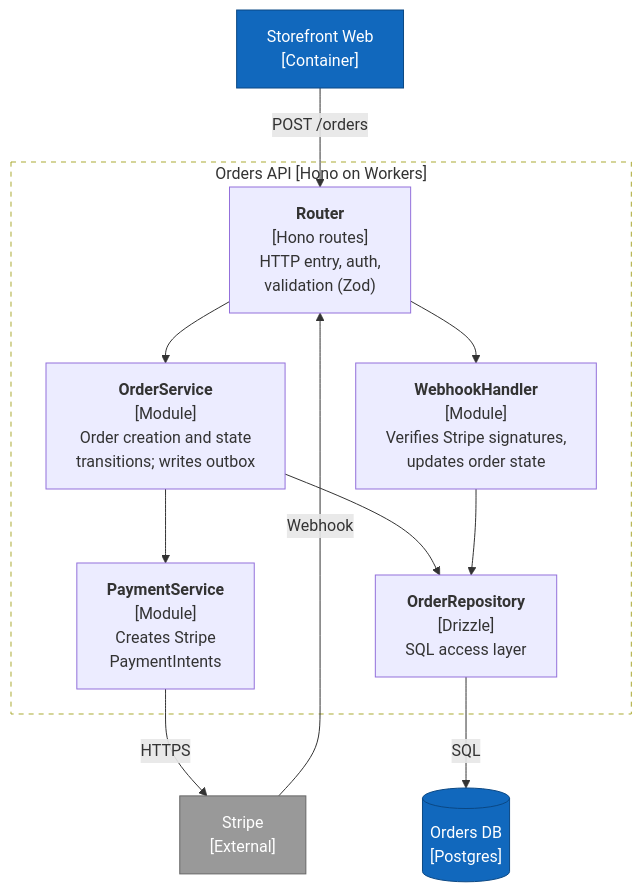
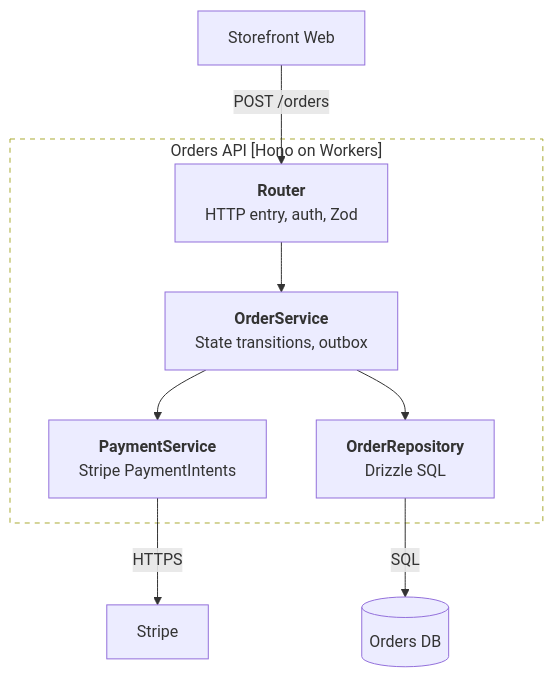
One commit to lucasilverentand/skills changed the third of 3 diagrams in plugins/systems-design/skills/c4-diagrams/references/mermaid-c4.md. Above: the diagram before and after it, drawn with Mermaid. The commit also changed other lines of this file and 44 other files, not shown here.

````diff
--- a/plugins/systems-design/skills/c4-diagrams/references/mermaid-c4.md
+++ b/plugins/systems-design/skills/c4-diagrams/references/mermaid-c4.md
@@ -109,32 +58,19 @@
 ```mermaid
 flowchart TB
-  Web["Storefront Web<br/>[Container]"]
-  DB[("Orders DB<br/>[Postgres]")]
-  Stripe["Stripe<br/>[External]"]
-
+  Web["Storefront Web"]
+  DB[("Orders DB")]
+  Stripe["Stripe"]
   subgraph API ["Orders API [Hono on Workers]"]
-    Router["<b>Router</b><br/>[Hono routes]<br/>HTTP entry, auth,<br/>validation (Zod)"]
-    OrderSvc["<b>OrderService</b><br/>[Module]<br/>Order creation and state<br/>transitions; writes outbox"]
-    PaySvc["<b>PaymentService</b><br/>[Module]<br/>Creates Stripe<br/>PaymentIntents"]
-    WebhookHandler["<b>WebhookHandler</b><br/>[Module]<br/>Verifies Stripe signatures,<br/>updates order state"]
-    Repo["<b>OrderRepository</b><br/>[Drizzle]<br/>SQL access layer"]
+    Router["<b>Router</b><br/>HTTP entry, auth, Zod"]
+    OrderSvc["<b>OrderService</b><br/>State transitions, outbox"]
+    PaySvc["<b>PaymentService</b><br/>Stripe PaymentIntents"]
+    Repo["<b>OrderRepository</b><br/>Drizzle SQL"]
   end
-
   Web -->|"POST /orders"| Router
-  Stripe -->|"Webhook"| Router
   Router --> OrderSvc
-  Router --> WebhookHandler
   OrderSvc --> PaySvc
   OrderSvc --> Repo
-  WebhookHandler --> Repo
   PaySvc -->|"HTTPS"| Stripe
   Repo -->|"SQL"| DB
-
-  classDef container fill:#1168bd,stroke:#0b4884,color:#fff
-  classDef external fill:#999,stroke:#666,color:#fff
-  classDef db fill:#1168bd,stroke:#0b4884,color:#fff
-  class Web container
-  class Stripe external
-  class DB db
   style API stroke-dasharray: 5 5,fill:none
 ```
````
